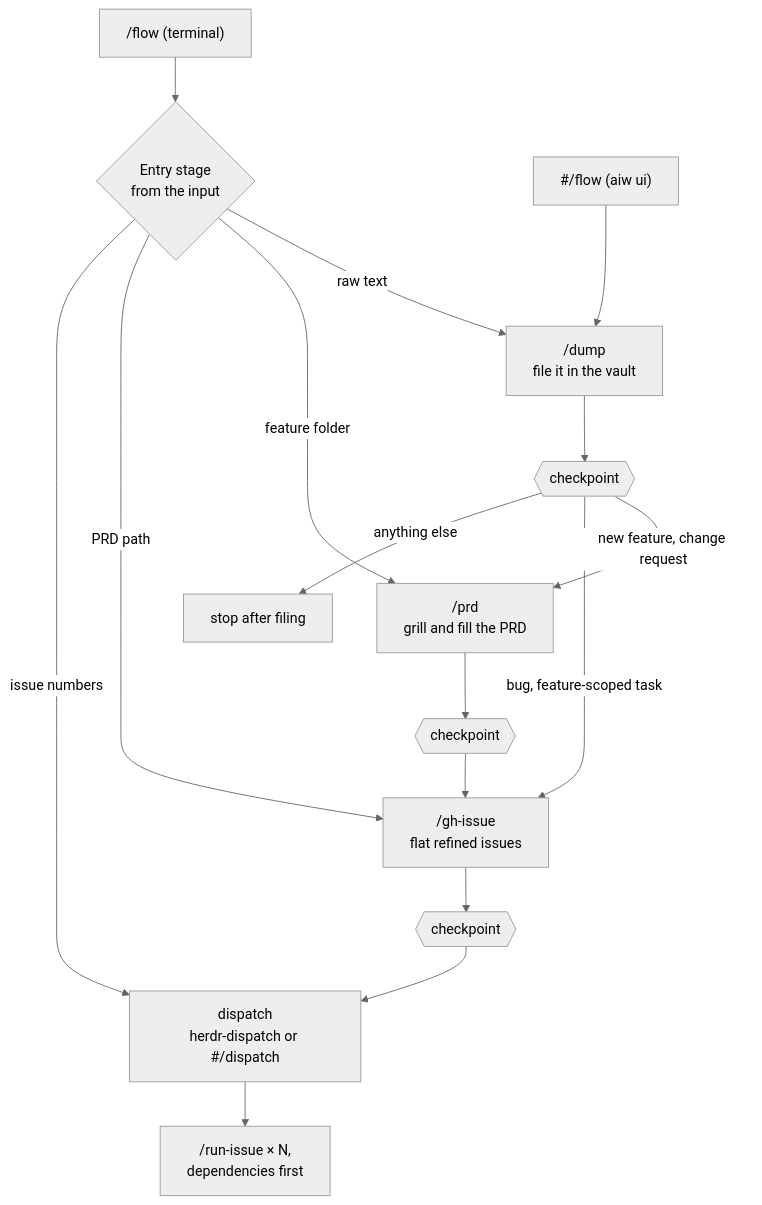
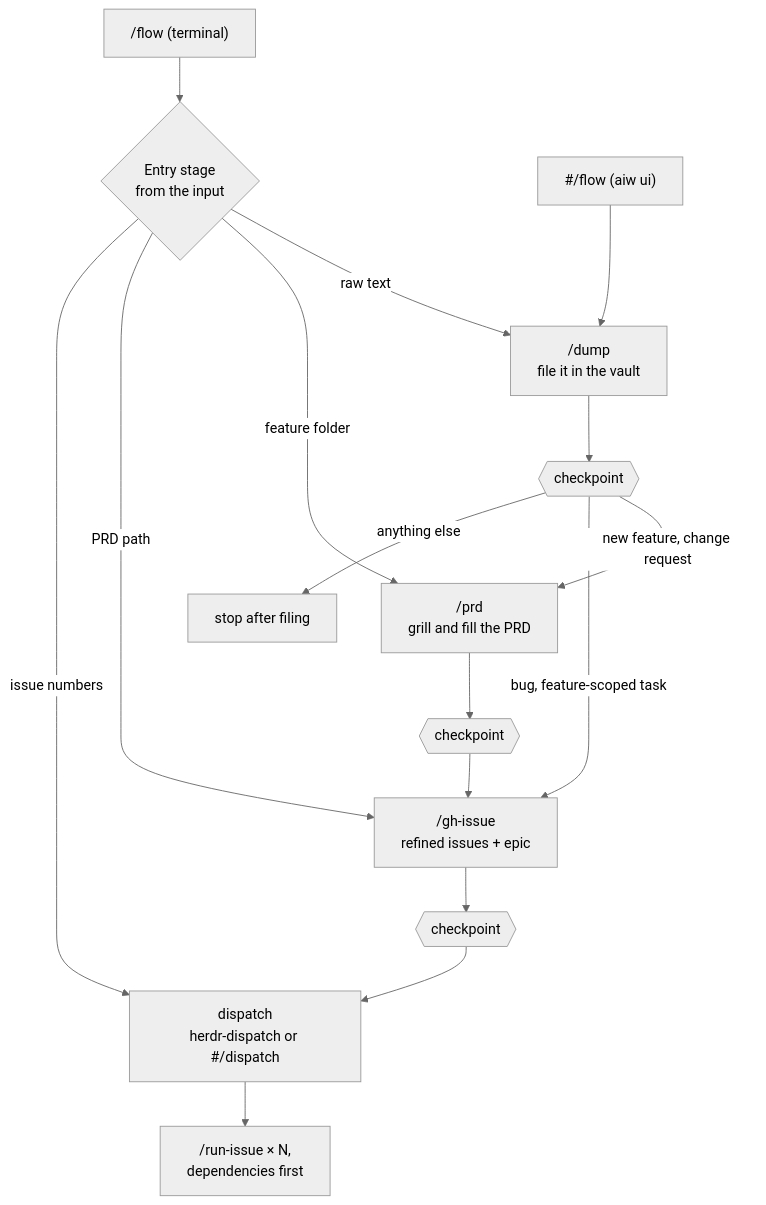
The third of 3 diagrams in docs/HOW-IT-WORKS.md (masnun-siam/ai-workflow), drawn with Mermaid (neutral theme) before and after one commit. The commit also changed other lines of this file and 7 other files, not shown here.

First line of the commit message:
feat(gh-issue): refine a saved list per task, file an epic parent, record decisions

````diff
--- a/docs/HOW-IT-WORKS.md
+++ b/docs/HOW-IT-WORKS.md
@@ -384,18 +387,18 @@
 ```mermaid
 flowchart TD
     CLI["/flow (terminal)"] --> E{"Entry stage<br/>from the input"}
     UI["#/flow (aiw ui)"] --> D
     E -->|raw text| D["/dump<br/>file it in the vault"]
     E -->|feature folder| P
     E -->|PRD path| G
     E -->|issue numbers| X
     D --> C1{{"checkpoint"}}
     C1 -->|new feature, change request| P["/prd<br/>grill and fill the PRD"]
     C1 -->|bug, feature-scoped task| G
     C1 -->|anything else| S["stop after filing"]
     P --> C2{{"checkpoint"}}
-    C2 --> G["/gh-issue<br/>flat refined issues"]
+    C2 --> G["/gh-issue<br/>refined issues + epic"]
     G --> C3{{"checkpoint"}}
     C3 --> X["dispatch<br/>herdr-dispatch or #/dispatch"]
     X --> R["/run-issue × N,<br/>dependencies first"]
 ```
````
